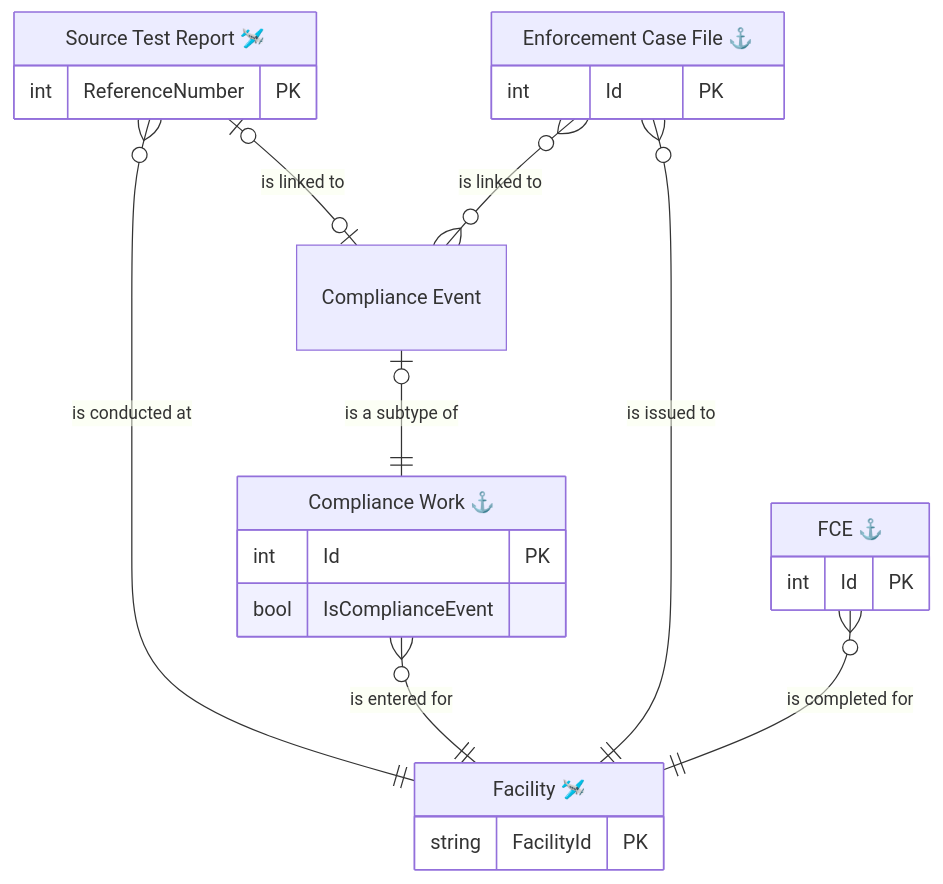
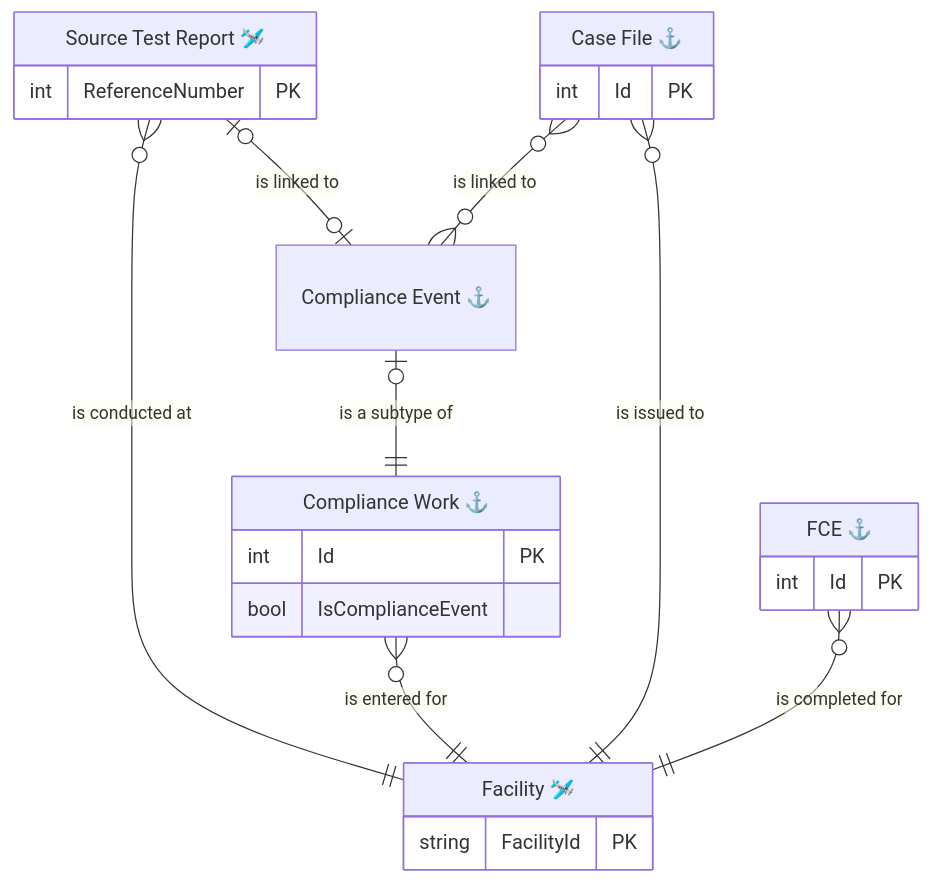
Before and after one commit to gaepdit/air-web: the diagram in docs/Data-entities/Compliance-and-enforcement-relationship.md, drawn with Mermaid. The commit also changed other lines of this file and 14 other files, not shown here.

````diff
--- a/docs/Data-entities/Compliance-and-enforcement-relationship.md
+++ b/docs/Data-entities/Compliance-and-enforcement-relationship.md
@@ -31,34 +31,34 @@
 ```mermaid
 erDiagram
     FAC["Facility 🛩️"] {
         string FacilityId PK
     }
 
     TST["Source Test Report 🛩️"] {
         int ReferenceNumber PK
     }
 
     FCE["FCE ⚓"] {
         int Id PK
     }
 
-    CME["Compliance Event"]
+    CME["Compliance Event ⚓"]
 
     WRK["Compliance Work ⚓"] {
         int Id PK
         bool IsComplianceEvent
     }
 
-    ENF["Enforcement Case File ⚓"] {
+    ENF["Case File ⚓"] {
         int Id PK
     }
 
     TST }o--|| FAC: "is conducted at"
     WRK }o--|| FAC: "is entered for"
     ENF }o--|| FAC: "is issued to"
     FCE }o--|| FAC: "is completed for"
     TST |o--o| CME: "is linked to"
     CME |o--|| WRK: "is a subtype of"
     ENF }o--o{ CME: "is linked to"
 
 ```
````
